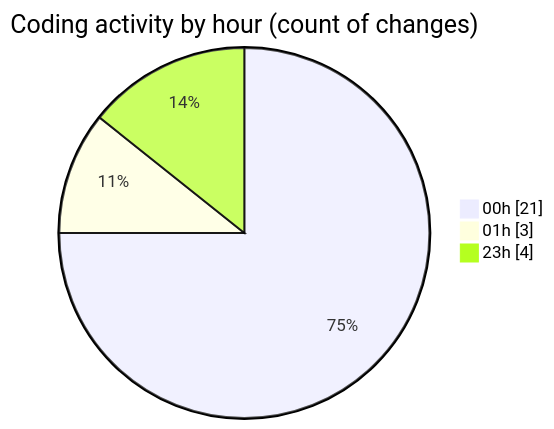
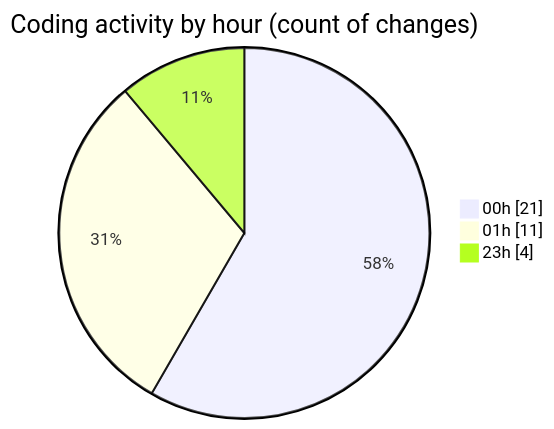
Before and after one commit to lephambinh05/code-tracking: the second of 2 diagrams in 2025-08-21/napxuvn/README.md, drawn with Mermaid. The commit also changed other lines of this file and 1 other file, not shown here.

````diff
--- a/2025-08-21/napxuvn/README.md
+++ b/2025-08-21/napxuvn/README.md
@@ -40,7 +43,7 @@
 ```mermaid
 pie showData
 title Coding activity by hour (count of changes)
 "00h" : 21
-"01h" : 3
+"01h" : 11
 "23h" : 4
 ```
````
